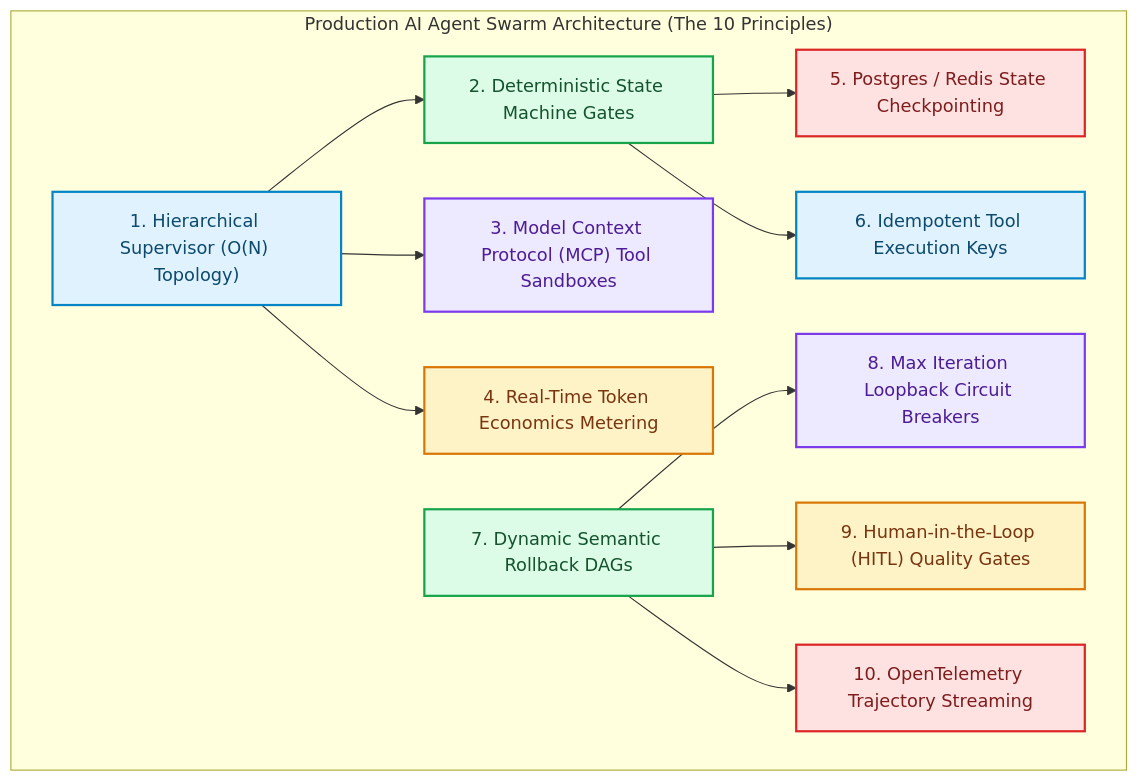
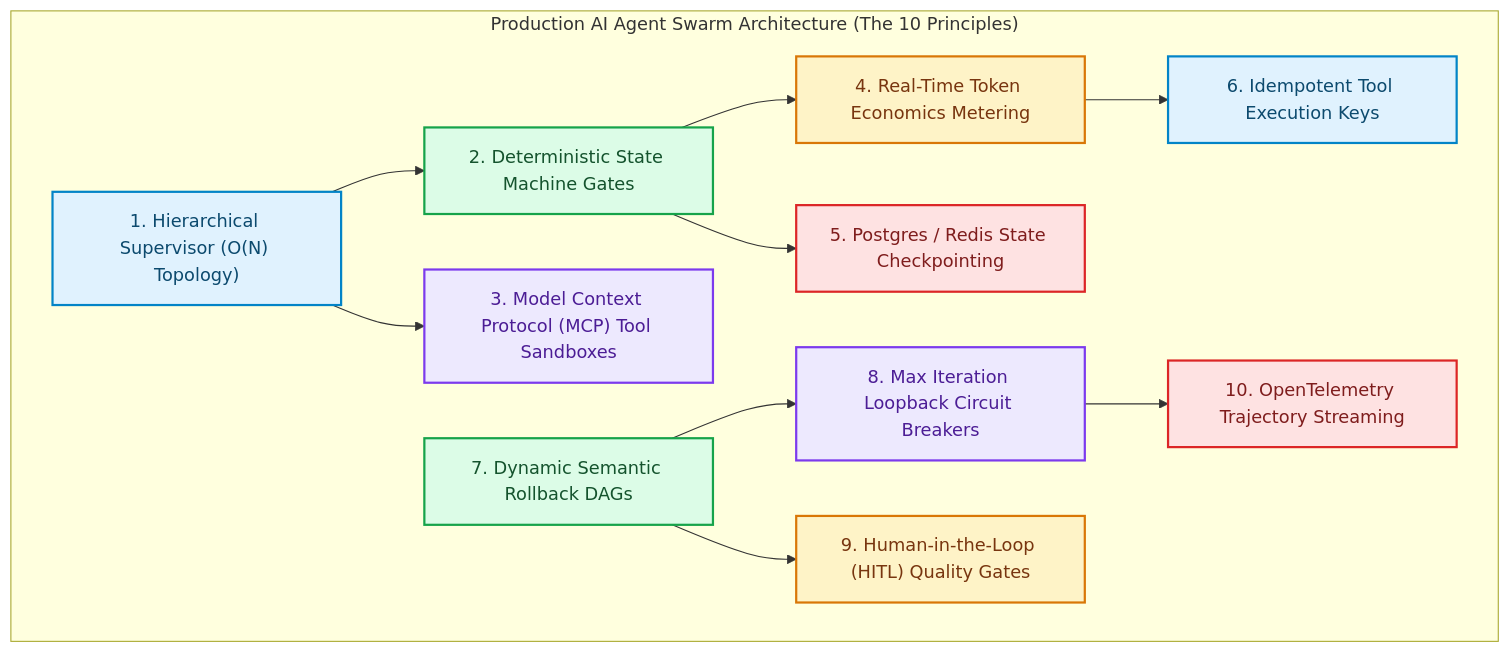
One commit to akmalkhaniub/akmalkhaniub.github.io changed the first of 3 diagrams in blog/posts/blueprint-production-ai-agent-swarms-10-architectural-principles.md. Above: the diagram before and after it, drawn with Mermaid. The commit also changed other lines of this file and 894 other files, not shown here.

Commit message:
feat(blog): upgrade all 444 posts with unique staggered dates, 2-col Mermaid spines, benchmark tables, code blocks, and trade-offs

````diff
--- a/blog/posts/blueprint-production-ai-agent-swarms-10-architectural-principles.md
+++ b/blog/posts/blueprint-production-ai-agent-swarms-10-architectural-principles.md
@@ -19,30 +19,35 @@
 ```mermaid
 flowchart TD
   subgraph SG1_ProductionAiAgent ["Production AI Agent Swarm Architecture (The 10 Principles)"]
     Supervisor["1. Hierarchical Supervisor (O(N) Topology)"]
     StateMachine["2. Deterministic State Machine Gates"]
     MCP["3. Model Context Protocol (MCP) Tool Sandboxes"]
     TokenBudget["4. Real-Time Token Economics Metering"]
     Checkpoint["5. Postgres / Redis State Checkpointing"]
     Idempotency["6. Idempotent Tool Execution Keys"]
     Rollback["7. Dynamic Semantic Rollback DAGs"]
     CircuitBreaker["8. Max Iteration Loopback Circuit Breakers"]
     HITL["9. Human-in-the-Loop (HITL) Quality Gates"]
     Telemetry["10. OpenTelemetry Trajectory Streaming"]
   end
   
-  Supervisor --> StateMachine & MCP & TokenBudget
-  StateMachine --> Checkpoint & Idempotency
-  Rollback --> CircuitBreaker & HITL & Telemetry
+  Supervisor --> StateMachine
+  Supervisor --> MCP
+  StateMachine --> TokenBudget
+  StateMachine --> Checkpoint
+  TokenBudget --> Idempotency
+  Rollback --> CircuitBreaker
+  Rollback --> HITL
+  CircuitBreaker --> Telemetry
 
 classDef green fill:#dcfce7,stroke:#16a34a,stroke-width:2px,color:#14532d;
 classDef red fill:#fee2e2,stroke:#dc2626,stroke-width:2px,color:#7f1d1d;
 classDef blue fill:#e0f2fe,stroke:#0284c7,stroke-width:2px,color:#0c4a6e;
 classDef yellow fill:#fef3c7,stroke:#d97706,stroke-width:2px,color:#78350f;
 classDef purple fill:#ede9fe,stroke:#7c3aed,stroke-width:2px,color:#4c1d95;
 class Supervisor,Idempotency blue
 class StateMachine,Rollback green
 class MCP,CircuitBreaker purple
 class TokenBudget,HITL yellow
 class Checkpoint,Telemetry red
 ```
````
